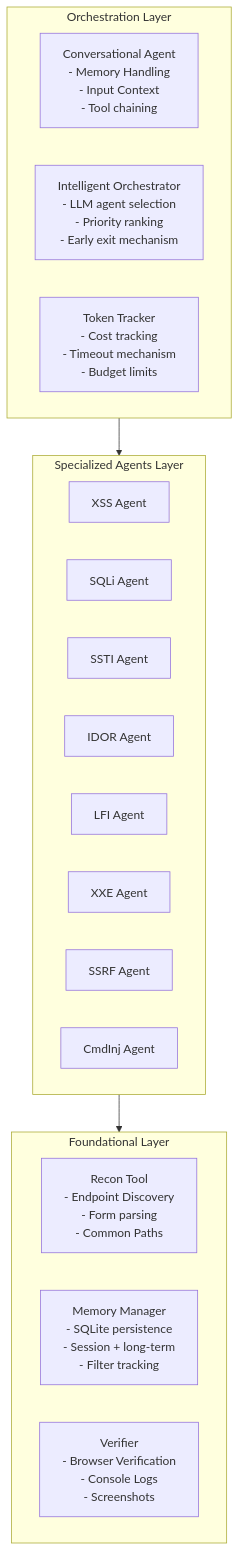
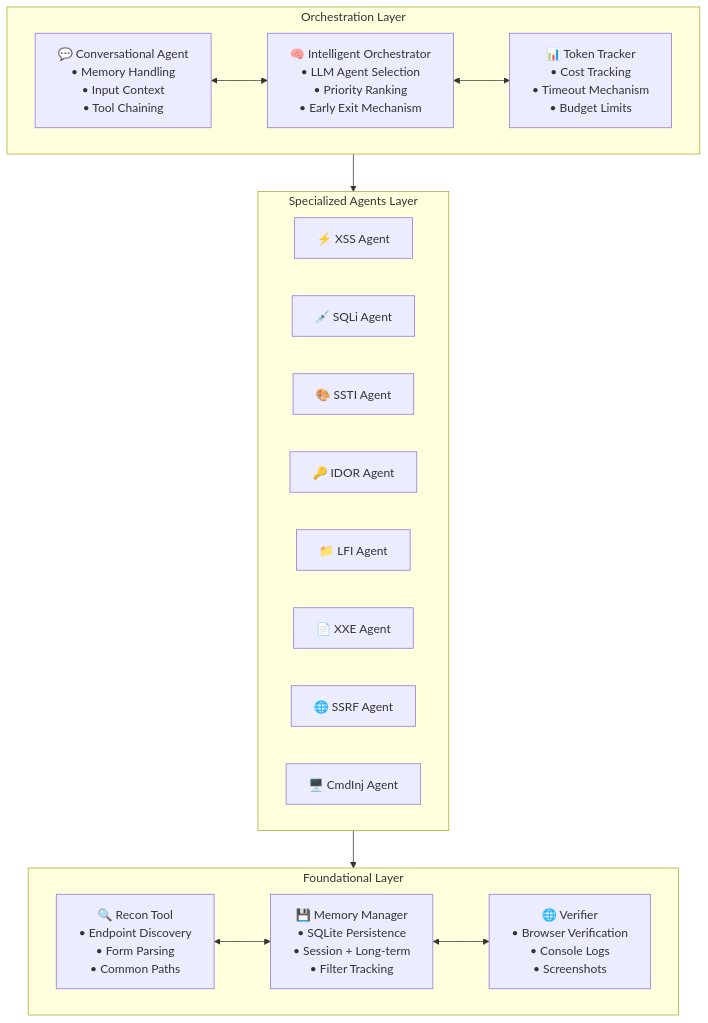
The second of 5 diagrams in docs/paper-research/md-downloaded-paper-curated-/04-awe-adaptive-agents-for-dynamic-web-penetration-testing.md (nishan-paul-2022/cmatrix-agentic-red-team), drawn with Mermaid before and after one commit. The commit also changed other lines of this file and 3 other files, not shown here.

````diff
--- a/docs/paper-research/md-downloaded-paper-curated-/04-awe-adaptive-agents-for-dynamic-web-penetration-testing.md
+++ b/docs/paper-research/md-downloaded-paper-curated-/04-awe-adaptive-agents-for-dynamic-web-penetration-testing.md
@@ -81,49 +201,57 @@
 ```mermaid
 flowchart TD
-    subgraph OrchestrationLayer [Orchestration Layer]
+    subgraph OrchestrationLayer [ Orchestration Layer ]
         direction LR
-        CA["Conversational Agent
-- Memory Handling
-- Input Context
-- Tool chaining"]
-        IO["Intelligent Orchestrator
-- LLM agent selection
-- Priority ranking
-- Early exit mechanism"]
-        TT["Token Tracker
-- Cost tracking
-- Timeout mechanism
-- Budget limits"]
+        CA["💬 Conversational Agent
+        • Memory Handling
+        • Input Context
+        • Tool Chaining"]
+        
+        IO["🧠 Intelligent Orchestrator
+        • LLM Agent Selection
+        • Priority Ranking
+        • Early Exit Mechanism"]
+        
+        TT["📊 Token Tracker
+        • Cost Tracking
+        • Timeout Mechanism
+        • Budget Limits"]
+        
+        CA <--> IO <--> TT
     end
 
-    subgraph SpecializedAgentsLayer [Specialized Agents Layer]
+    subgraph SpecializedAgentsLayer [ Specialized Agents Layer ]
         direction LR
-        XSS["XSS Agent"]
-        SQLI["SQLi Agent"]
-        SSTI["SSTI Agent"]
-        IDOR["IDOR Agent"]
-        LFI["LFI Agent"]
-        XXE["XXE Agent"]
-        SSRF["SSRF Agent"]
-        CMD["CmdInj Agent"]
+        XSS["⚡ XSS Agent"]
+        SQLI["💉 SQLi Agent"]
+        SSTI["🎨 SSTI Agent"]
+        IDOR["🔑 IDOR Agent"]
+        LFI["📁 LFI Agent"]
+        XXE["📄 XXE Agent"]
+        SSRF["🌐 SSRF Agent"]
+        CMD["🖥️ CmdInj Agent"]
     end
 
-    subgraph FoundationalLayer [Foundational Layer]
+    subgraph FoundationalLayer [ Foundational Layer ]
         direction LR
-        RT["Recon Tool
-- Endpoint Discovery
-- Form parsing
-- Common Paths"]
-        MM["Memory Manager
-- SQLite persistence
-- Session + long-term
-- Filter tracking"]
-        VF["Verifier
-- Browser Verification
-- Console Logs
-- Screenshots"]
+        RT["🔍 Recon Tool
+        • Endpoint Discovery
+        • Form Parsing
+        • Common Paths"]
+        
+        MM["💾 Memory Manager
+        • SQLite Persistence
+        • Session + Long-term
+        • Filter Tracking"]
+        
+        VF["🌐 Verifier
+        • Browser Verification
+        • Console Logs
+        • Screenshots"]
+        
+        RT <--> MM <--> VF
     end
 
     OrchestrationLayer --> SpecializedAgentsLayer
     SpecializedAgentsLayer --> FoundationalLayer
 ```
````
